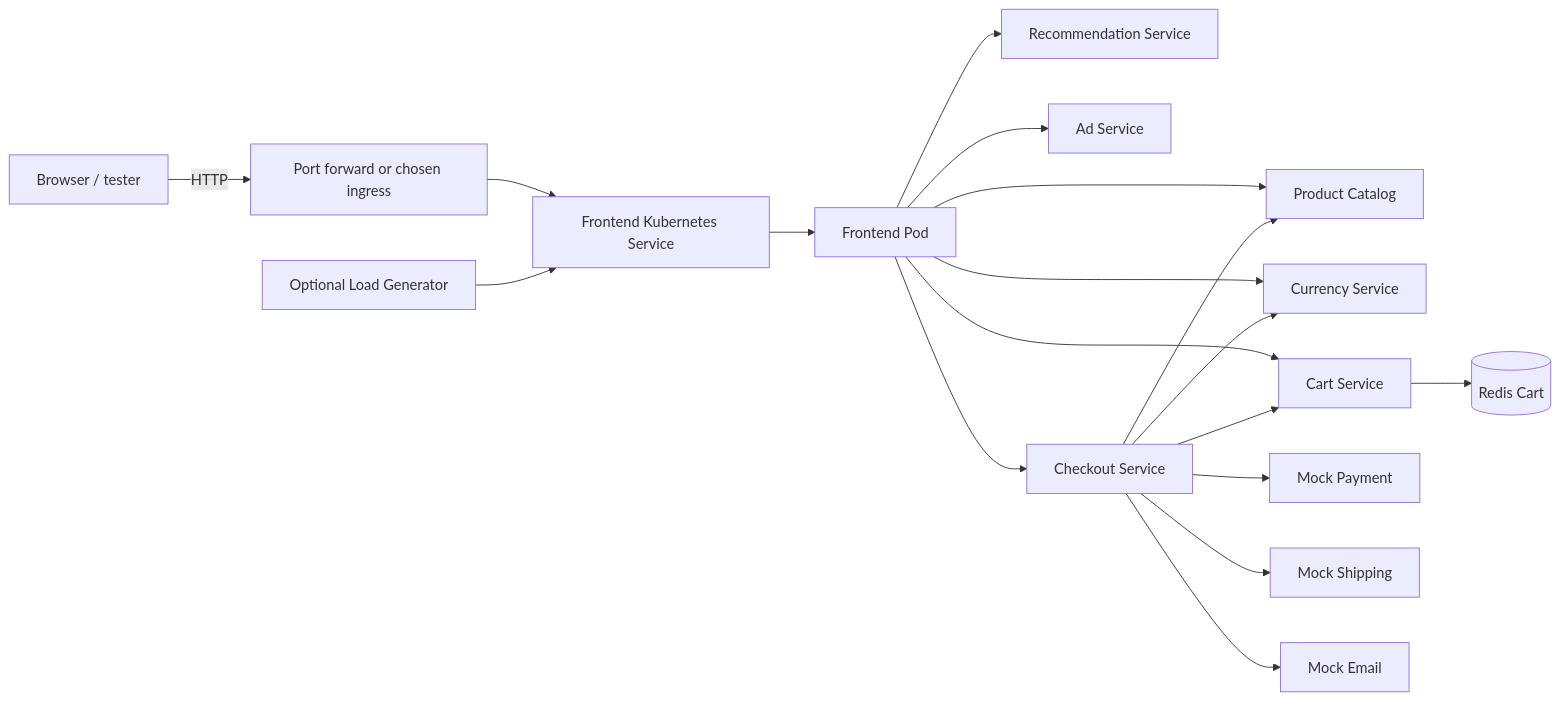
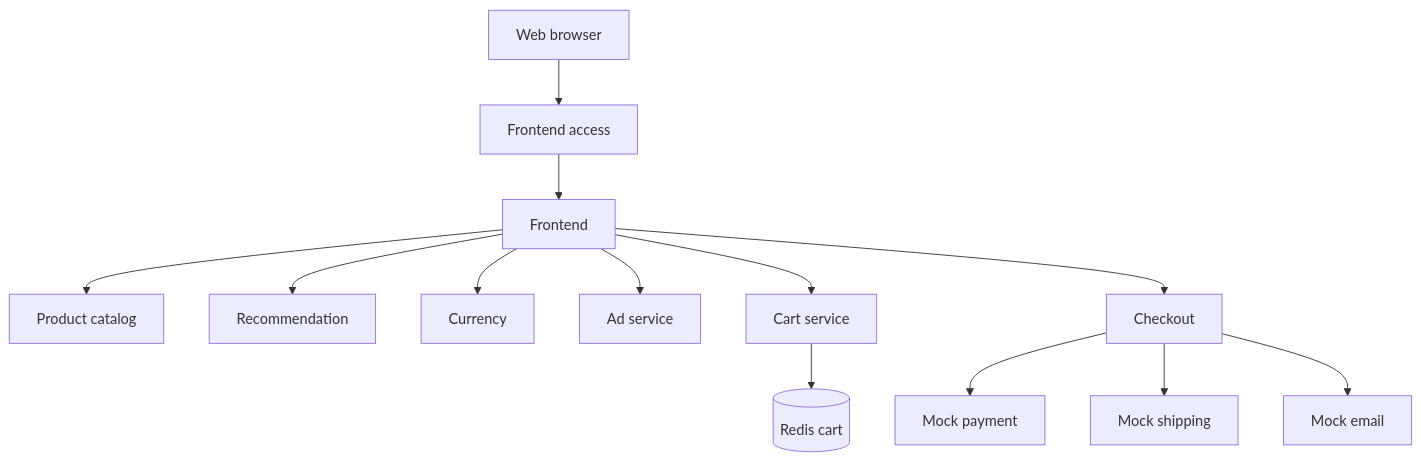
Before and after one commit to asambataiden/twn-capstone-04-kubernetes-microservices: the first of 2 diagrams in docs/architecture.md, drawn with Mermaid. The commit also changed other lines of this file, not shown here.

Commit message:
docs(cap04): concise validation architecture

````diff
--- a/docs/architecture.md
+++ b/docs/architecture.md
@@ -9,20 +9,15 @@
 ```mermaid
-flowchart LR
-    U[Browser / tester] -->|HTTP| ACCESS[Port forward or chosen ingress]
-    ACCESS --> FE[Frontend Kubernetes Service]
-    FE --> FEP[Frontend Pod]
-    FEP --> CAT[Product Catalog]
-    FEP --> CUR[Currency Service]
-    FEP --> REC[Recommendation Service]
-    FEP --> ADS[Ad Service]
-    FEP --> CART[Cart Service]
-    CART --> REDIS[(Redis Cart)]
-    FEP --> CHECK[Checkout Service]
-    CHECK --> PAY[Mock Payment]
-    CHECK --> SHIP[Mock Shipping]
-    CHECK --> EMAIL[Mock Email]
-    CHECK --> CART
-    CHECK --> CAT
-    CHECK --> CUR
-    LOAD[Optional Load Generator] --> FE
+flowchart TB
+    Browser[Web browser] --> Entry[Frontend access]
+    Entry --> Frontend[Frontend]
+    Frontend --> Catalog[Product catalog]
+    Frontend --> Recommendation[Recommendation]
+    Frontend --> Currency[Currency]
+    Frontend --> Ads[Ad service]
+    Frontend --> Cart[Cart service]
+    Cart --> Redis[(Redis cart)]
+    Frontend --> Checkout[Checkout]
+    Checkout --> Payment[Mock payment]
+    Checkout --> Shipping[Mock shipping]
+    Checkout --> Email[Mock email]
 ```
````
